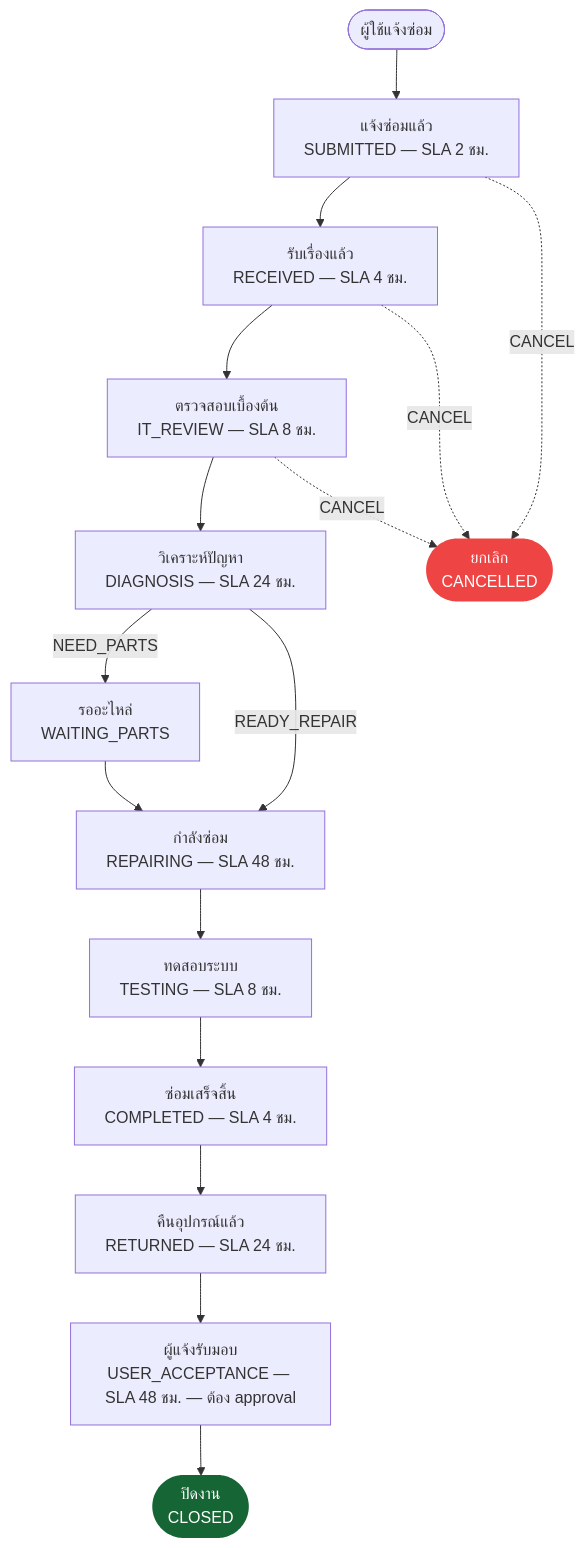
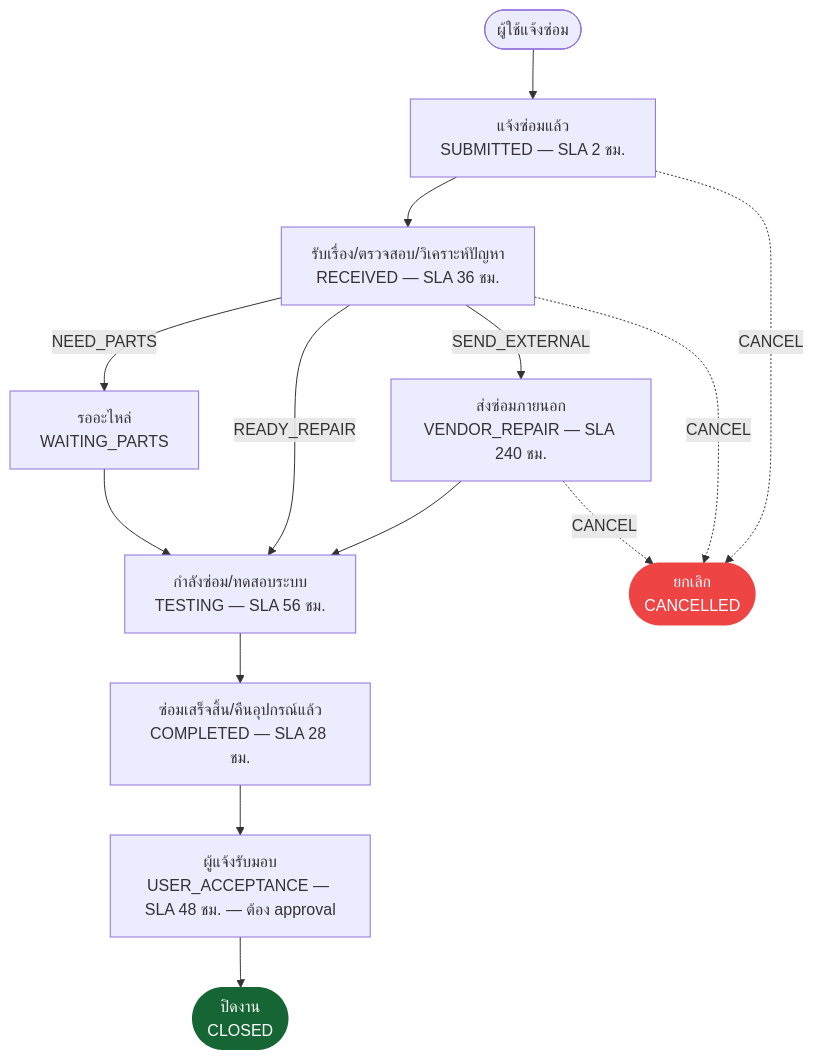
The first of 2 diagrams in docs/diagrams/flowchart-workflow.md (takio1981/khd-it-sup), drawn with Mermaid before and after one commit. The commit also changed other lines of this file and 9 other files, not shown here.

````diff
--- a/docs/diagrams/flowchart-workflow.md
+++ b/docs/diagrams/flowchart-workflow.md
@@ -7,26 +12,24 @@
 ```mermaid
 flowchart TD
     Start([ผู้ใช้แจ้งซ่อม]) --> Submitted[แจ้งซ่อมแล้ว<br/>SUBMITTED — SLA 2 ชม.]
-    Submitted --> Received[รับเรื่องแล้ว<br/>RECEIVED — SLA 4 ชม.]
-    Received --> ITReview[ตรวจสอบเบื้องต้น<br/>IT_REVIEW — SLA 8 ชม.]
-    ITReview --> Diagnosis[วิเคราะห์ปัญหา<br/>DIAGNOSIS — SLA 24 ชม.]
+    Submitted --> Received[รับเรื่อง/ตรวจสอบ/วิเคราะห์ปัญหา<br/>RECEIVED — SLA 36 ชม.]
 
-    Diagnosis -- NEED_PARTS --> WaitingParts[รออะไหล่<br/>WAITING_PARTS]
-    Diagnosis -- READY_REPAIR --> Repairing[กำลังซ่อม<br/>REPAIRING — SLA 48 ชม.]
-    WaitingParts --> Repairing
+    Received -- NEED_PARTS --> WaitingParts[รออะไหล่<br/>WAITING_PARTS]
+    Received -- READY_REPAIR --> Testing[กำลังซ่อม/ทดสอบระบบ<br/>TESTING — SLA 56 ชม.]
+    Received -- SEND_EXTERNAL --> VendorRepair[ส่งซ่อมภายนอก<br/>VENDOR_REPAIR — SLA 240 ชม.]
+    WaitingParts --> Testing
+    VendorRepair --> Testing
 
-    Repairing --> Testing[ทดสอบระบบ<br/>TESTING — SLA 8 ชม.]
-    Testing --> Completed[ซ่อมเสร็จสิ้น<br/>COMPLETED — SLA 4 ชม.]
-    Completed --> Returned[คืนอุปกรณ์แล้ว<br/>RETURNED — SLA 24 ชม.]
-    Returned --> UserAcceptance[ผู้แจ้งรับมอบ<br/>USER_ACCEPTANCE — SLA 48 ชม. — ต้อง approval]
+    Testing --> Completed[ซ่อมเสร็จสิ้น/คืนอุปกรณ์แล้ว<br/>COMPLETED — SLA 28 ชม.]
+    Completed --> UserAcceptance[ผู้แจ้งรับมอบ<br/>USER_ACCEPTANCE — SLA 48 ชม. — ต้อง approval]
     UserAcceptance --> Closed([ปิดงาน<br/>CLOSED])
 
     Submitted -. CANCEL .-> Cancelled([ยกเลิก<br/>CANCELLED])
     Received -. CANCEL .-> Cancelled
-    ITReview -. CANCEL .-> Cancelled
+    VendorRepair -. CANCEL .-> Cancelled
 
     classDef terminal fill:#166534,color:#fff,stroke:none
     classDef cancel fill:#EF4444,color:#fff,stroke:none
     class Closed terminal
     class Cancelled cancel
 ```
````
